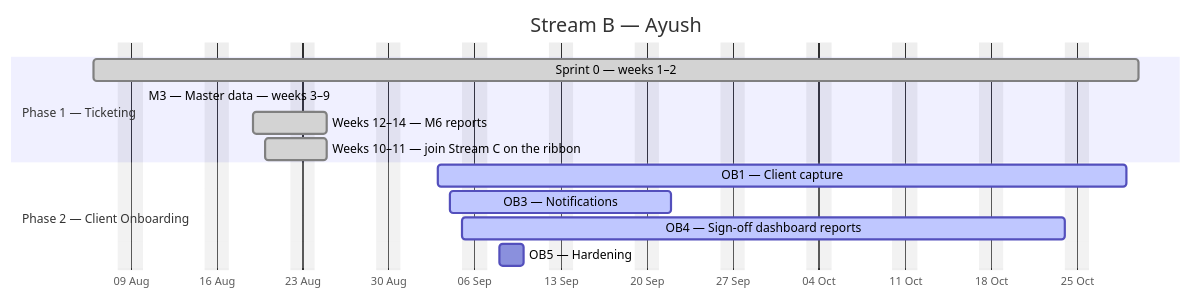
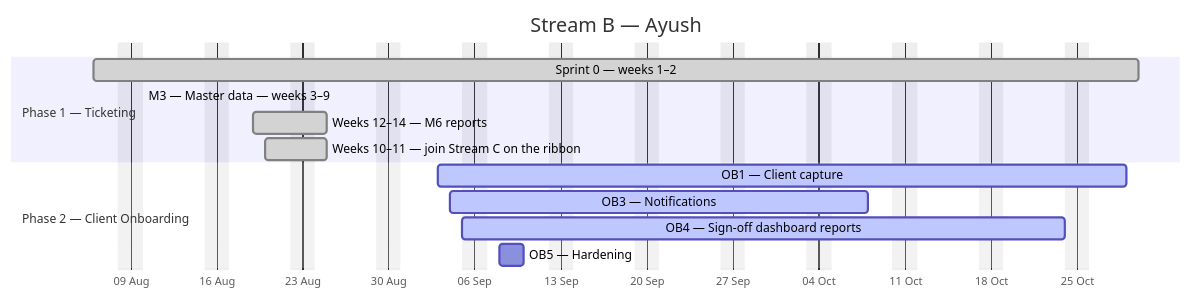
Before and after one commit to debashisedunext/EduTrack: the second of 4 diagrams in docs/plan/GANTT.md, drawn with Mermaid. The commit also changed other lines of this file and 2 other files, not shown here.

````diff
--- a/docs/plan/GANTT.md
+++ b/docs/plan/GANTT.md
@@ -149,17 +149,17 @@
 ```mermaid
 gantt
     dateFormat YYYY-MM-DD
     axisFormat %d %b
     title Stream B — Ayush
     excludes weekends
     section Phase 1 — Ticketing
     Sprint 0 — weeks 1–2 :done, b0, 2026-08-06, 61d
     M3 — Master data — weeks 3–9 :done, b1, 2026-08-10, -48d
     Weeks 12–14 — M6 reports :done, b2, 2026-08-19, 4d
     Weeks 10–11 — join Stream C on the ribbon :done, b3, 2026-08-20, 3d
     section Phase 2 — Client Onboarding
     OB1 — Client capture :active, b4, 2026-09-03, 40d
-    OB3 — Notifications :active, b5, 2026-09-04, 12d
+    OB3 — Notifications :active, b5, 2026-09-04, 24d
     OB4 — Sign-off  dashboard  reports :active, b6, 2026-09-05, 36d
     OB5 — Hardening :b7, 2026-09-08, 2d
 ```
````
